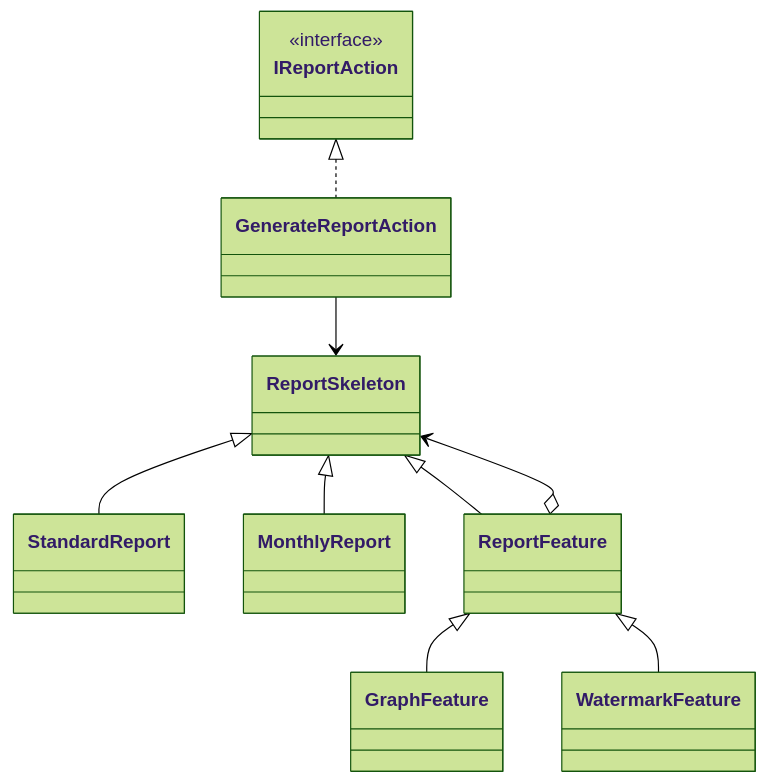
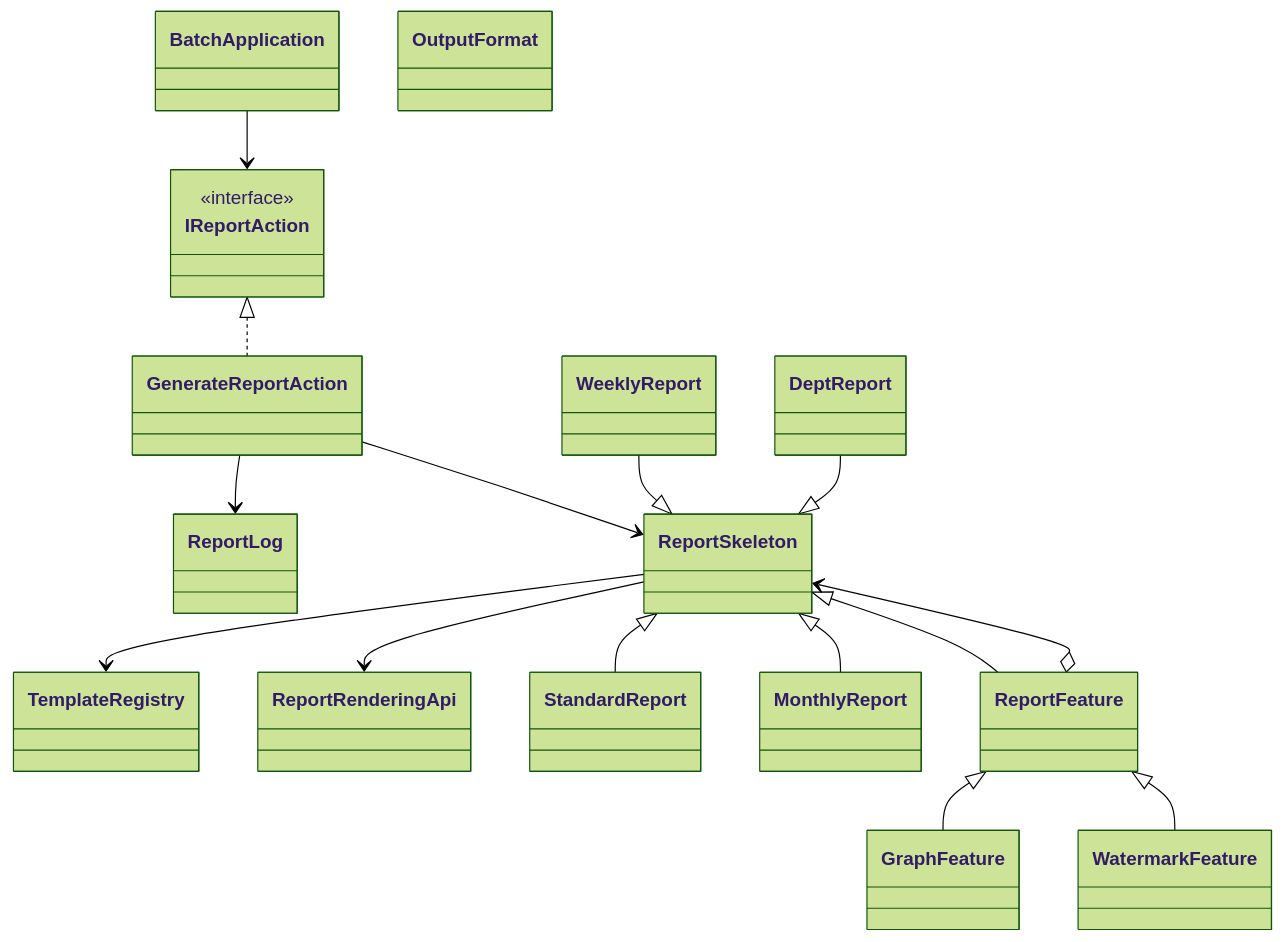
The ninth of 13 diagrams in kindle/design-patterns/output/chapter11.md (kumachan1101-pixel/DesignPattern), drawn with Mermaid (forest theme) before and after one commit. The commit also changed other lines of this file and 19 other files, not shown here.

````diff
--- a/kindle/design-patterns/output/chapter11.md
+++ b/kindle/design-patterns/output/chapter11.md
@@ -2087,19 +1825,32 @@
 ```mermaid
 classDiagram
+    class WeeklyReport
+    class DeptReport
+    class TemplateRegistry
+    class ReportRenderingApi
+    class ReportLog
+    class BatchApplication
+    class OutputFormat
     class ReportSkeleton
     class StandardReport
     class MonthlyReport
     class ReportFeature
     class GraphFeature
     class WatermarkFeature
     class IReportAction { <<interface>> }
     class GenerateReportAction
     ReportSkeleton <|-- StandardReport
     ReportSkeleton <|-- MonthlyReport
     ReportSkeleton <|-- ReportFeature
     ReportFeature o--> ReportSkeleton
     ReportFeature <|-- GraphFeature
     ReportFeature <|-- WatermarkFeature
     IReportAction <|.. GenerateReportAction
     GenerateReportAction --> ReportSkeleton
+    WeeklyReport --|> ReportSkeleton
+    DeptReport --|> ReportSkeleton
+    ReportSkeleton --> TemplateRegistry
+    ReportSkeleton --> ReportRenderingApi
+    GenerateReportAction --> ReportLog
+    BatchApplication --> IReportAction
 ```
````
